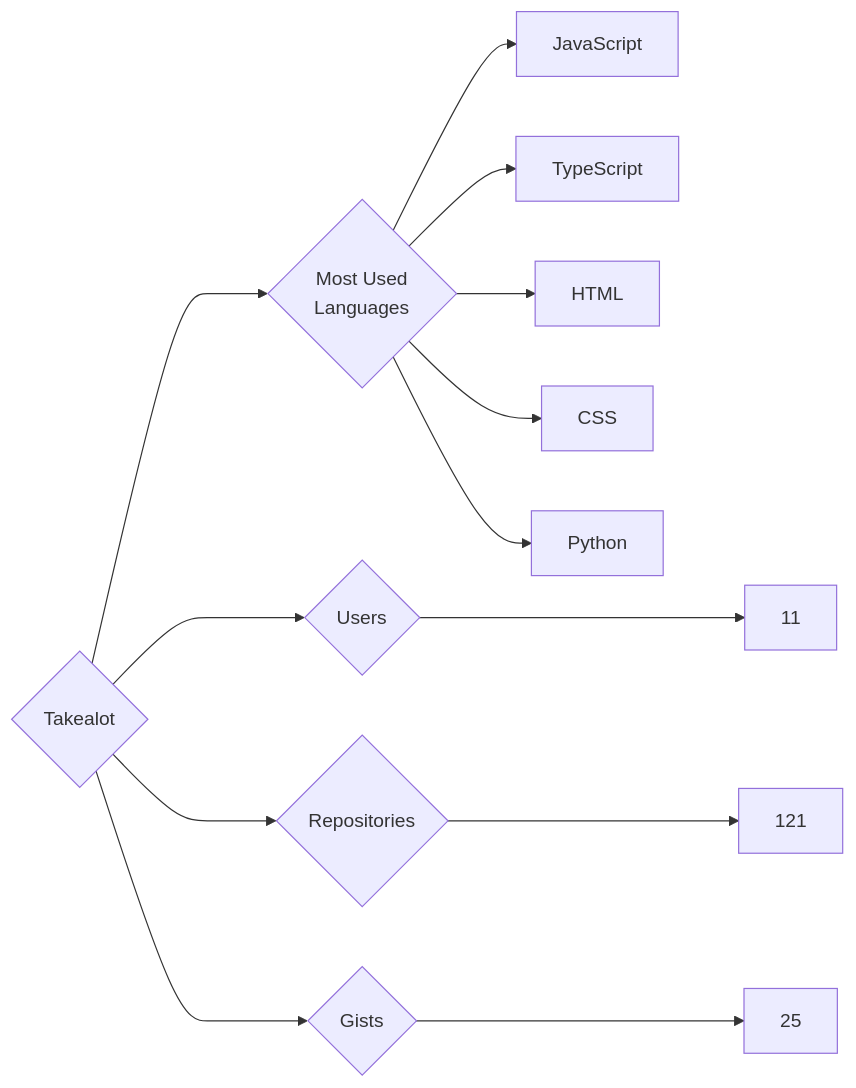
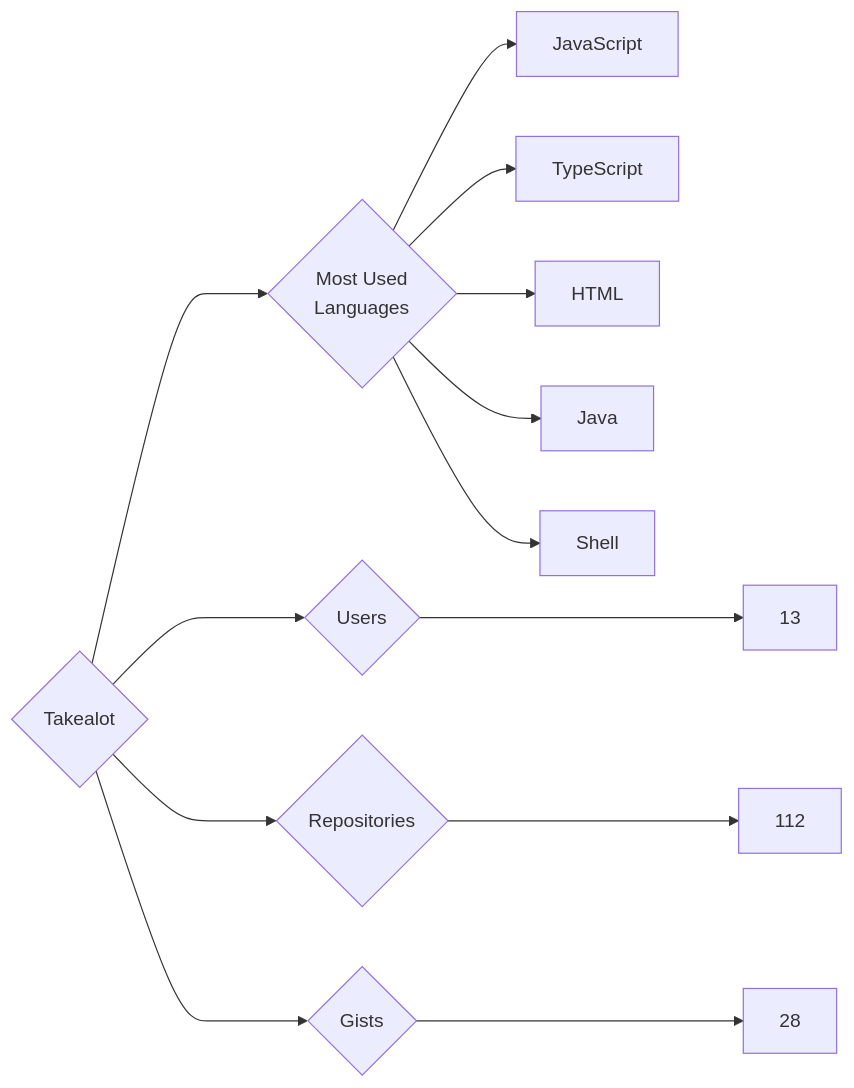
The diagram in targets/Takealot/README.md (trickest/insiders), drawn with Mermaid before and after one commit. The commit also changed 1011 other files, not shown here.

````diff
--- a/targets/Takealot/README.md
+++ b/targets/Takealot/README.md
@@ -3,13 +3,13 @@
 ```mermaid
 graph LR
 COMPANY_NAME{Takealot}
-COMPANY_NAME ---> U{Users} ---> UN[11]
-COMPANY_NAME ---> R{Repositories} ---> RN[121]
-COMPANY_NAME ---> G{Gists} ---> GN[25]
+COMPANY_NAME ---> U{Users} ---> UN[13]
+COMPANY_NAME ---> R{Repositories} ---> RN[112]
+COMPANY_NAME ---> G{Gists} ---> GN[28]
 COMPANY_NAME ---> ML{Most Used<br>Languages}
 ML --> JavaScript[JavaScript]
 ML --> TypeScript[TypeScript]
 ML --> HTML[HTML]
-ML --> CSS[CSS]
-ML --> Python[Python]
+ML --> Java[Java]
+ML --> Shell[Shell]
 ```
````
